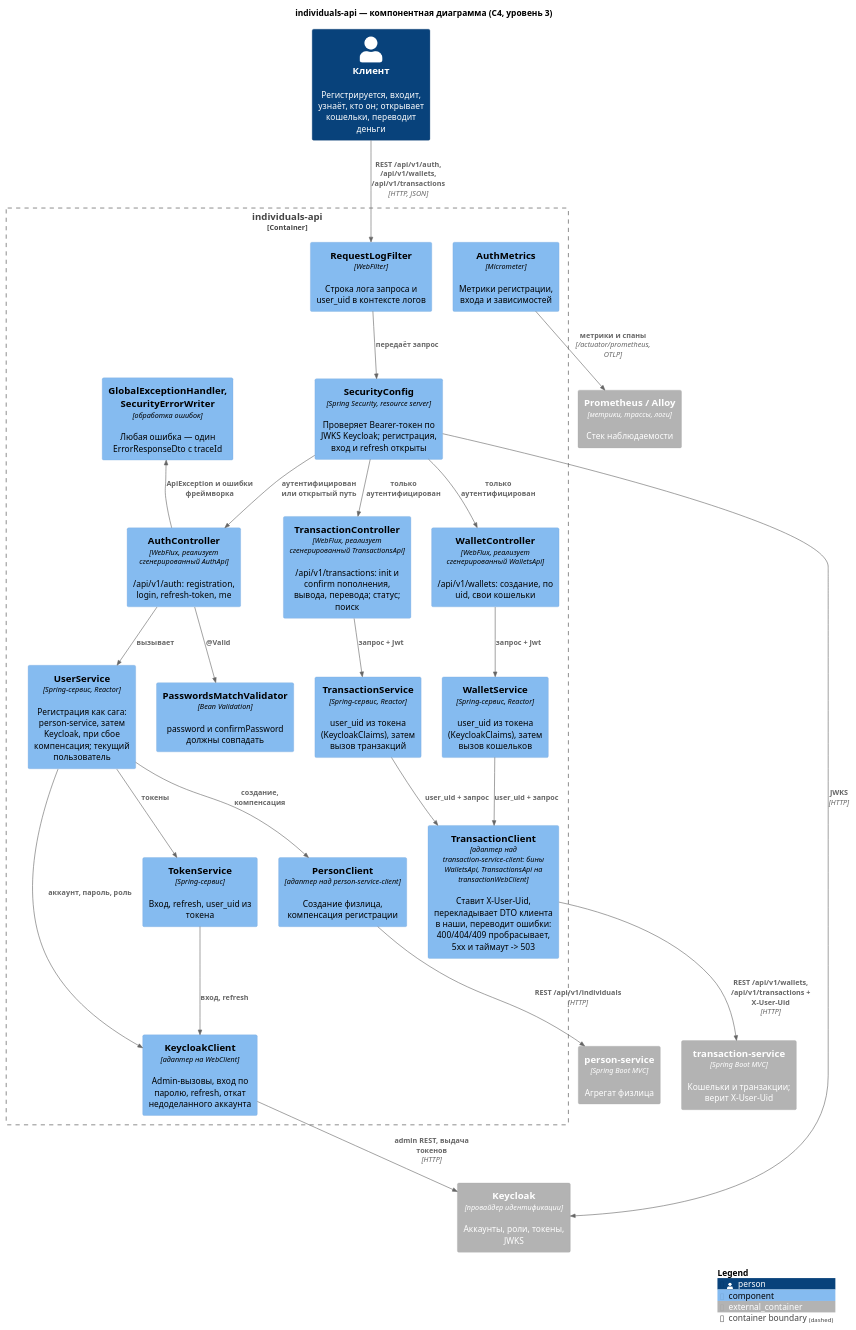
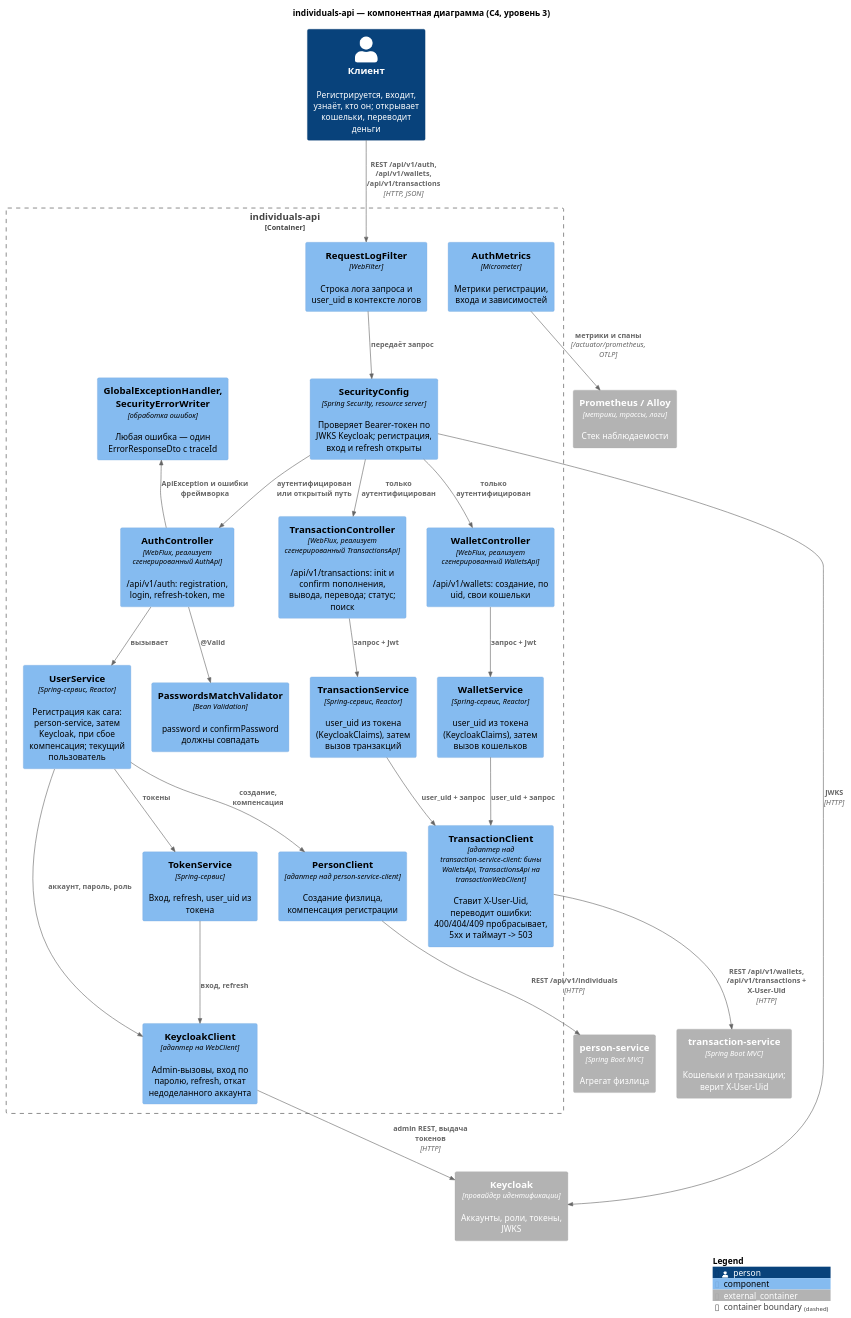
Before and after one commit to dezxxx/payment-platform: the diagram in individuals-api/diagrams-c4/uml/ru/component.puml, drawn with PlantUML. The commit also changed 35 other files, not shown here.

Commit message:
feat: add wallets and transactions to individuals-api

```diff
--- a/individuals-api/diagrams-c4/uml/ru/component.puml
+++ b/individuals-api/diagrams-c4/uml/ru/component.puml
@@ -1,53 +1,53 @@
 @startuml component
 !include <C4/C4_Component>
 
 title individuals-api — компонентная диаграмма (C4, уровень 3)
 
 Person(client, "Клиент", "Регистрируется, входит, узнаёт, кто он; открывает кошельки, переводит деньги")
 Container_Ext(keycloak, "Keycloak", "провайдер идентификации", "Аккаунты, роли, токены, JWKS")
 Container_Ext(personService, "person-service", "Spring Boot MVC", "Агрегат физлица")
 Container_Ext(transactionService, "transaction-service", "Spring Boot MVC", "Кошельки и транзакции; верит X-User-Uid")
 Container_Ext(observability, "Prometheus / Alloy", "метрики, трассы, логи", "Стек наблюдаемости")
 
 Container_Boundary(app, "individuals-api") {
     Component(filter, "RequestLogFilter", "WebFilter", "Строка лога запроса и user_uid в контексте логов")
     Component(security, "SecurityConfig", "Spring Security, resource server", "Проверяет Bearer-токен по JWKS Keycloak; регистрация, вход и refresh открыты")
     Component(controller, "AuthController", "WebFlux, реализует сгенерированный AuthApi", "/api/v1/auth: registration, login, refresh-token, me")
     Component(walletController, "WalletController", "WebFlux, реализует сгенерированный WalletsApi", "/api/v1/wallets: создание, по uid, свои кошельки")
     Component(transactionController, "TransactionController", "WebFlux, реализует сгенерированный TransactionsApi", "/api/v1/transactions: init и confirm пополнения, вывода, перевода; статус; поиск")
     Component(validation, "PasswordsMatchValidator", "Bean Validation", "password и confirmPassword должны совпадать")
     Component(userService, "UserService", "Spring-сервис, Reactor", "Регистрация как сага: person-service, затем Keycloak, при сбое компенсация; текущий пользователь")
     Component(tokenService, "TokenService", "Spring-сервис", "Вход, refresh, user_uid из токена")
     Component(walletService, "WalletService", "Spring-сервис, Reactor", "user_uid из токена (KeycloakClaims), затем вызов кошельков")
     Component(transactionService2, "TransactionService", "Spring-сервис, Reactor", "user_uid из токена (KeycloakClaims), затем вызов транзакций")
     Component(personClient, "PersonClient", "адаптер над person-service-client", "Создание физлица, компенсация регистрации")
-    Component(transactionClient, "TransactionClient", "адаптер над transaction-service-client: бины WalletsApi, TransactionsApi на transactionWebClient", "Ставит X-User-Uid, перекладывает DTO клиента в наши, переводит ошибки: 400/404/409 пробрасывает, 5xx и таймаут -> 503")
+    Component(transactionClient, "TransactionClient", "адаптер над transaction-service-client: бины WalletsApi, TransactionsApi на transactionWebClient", "Ставит X-User-Uid, переводит ошибки: 400/404/409 пробрасывает, 5xx и таймаут -> 503")
     Component(keycloakClient, "KeycloakClient", "адаптер на WebClient", "Admin-вызовы, вход по паролю, refresh, откат недоделанного аккаунта")
     Component(errors, "GlobalExceptionHandler, SecurityErrorWriter", "обработка ошибок", "Любая ошибка — один ErrorResponseDto с traceId")
     Component(metrics, "AuthMetrics", "Micrometer", "Метрики регистрации, входа и зависимостей")
 }
 
 Rel(client, filter, "REST /api/v1/auth, /api/v1/wallets, /api/v1/transactions", "HTTP, JSON")
 Rel(filter, security, "передаёт запрос")
 Rel(security, controller, "аутентифицирован или открытый путь")
 Rel(security, walletController, "только аутентифицирован")
 Rel(security, transactionController, "только аутентифицирован")
 Rel(controller, validation, "@Valid")
 Rel(controller, userService, "вызывает")
 Rel(walletController, walletService, "запрос + Jwt")
 Rel(transactionController, transactionService2, "запрос + Jwt")
 Rel(userService, personClient, "создание, компенсация")
 Rel(userService, keycloakClient, "аккаунт, пароль, роль")
 Rel(userService, tokenService, "токены")
 Rel(tokenService, keycloakClient, "вход, refresh")
 Rel(walletService, transactionClient, "user_uid + запрос")
 Rel(transactionService2, transactionClient, "user_uid + запрос")
 Rel(personClient, personService, "REST /api/v1/individuals", "HTTP")
 Rel(transactionClient, transactionService, "REST /api/v1/wallets, /api/v1/transactions + X-User-Uid", "HTTP")
 Rel(keycloakClient, keycloak, "admin REST, выдача токенов", "HTTP")
 Rel(security, keycloak, "JWKS", "HTTP")
 Rel_Back(errors, controller, "ApiException и ошибки фреймворка")
 Rel(metrics, observability, "метрики и спаны", "/actuator/prometheus, OTLP")
 
 SHOW_LEGEND()
 @enduml
```
